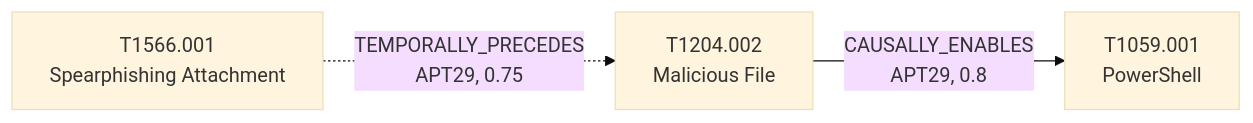
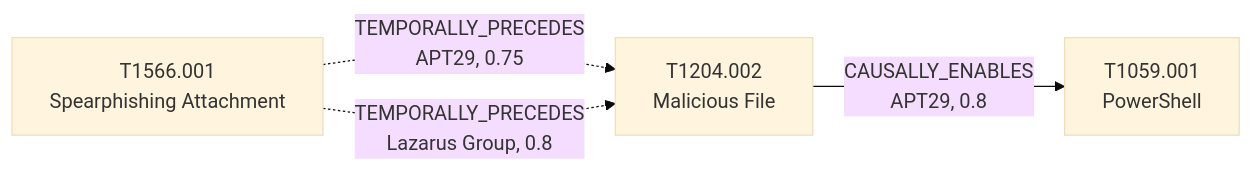
One commit to HungryBrain-bot/attackKnowledgeGraph changed the diagram in docs/attack-patterns/T1204.002-malicious-file.md. Above: the diagram before and after it, drawn with Mermaid (base theme). The commit also changed other lines of this file and 9 other files, not shown here.

````diff
--- a/docs/attack-patterns/T1204.002-malicious-file.md
+++ b/docs/attack-patterns/T1204.002-malicious-file.md
@@ -49,8 +69,9 @@
 ```mermaid
 flowchart LR
     T_T1204_002["T1204.002<br/>Malicious File"]
     T_T1059_001["T1059.001<br/>PowerShell"]
     T_T1566_001["T1566.001<br/>Spearphishing Attachment"]
     T_T1204_002 -->|"CAUSALLY_ENABLES<br/>APT29, 0.8"| T_T1059_001
     T_T1566_001 -.->|"TEMPORALLY_PRECEDES<br/>APT29, 0.75"| T_T1204_002
+    T_T1566_001 -.->|"TEMPORALLY_PRECEDES<br/>Lazarus Group, 0.8"| T_T1204_002
 ```
````
